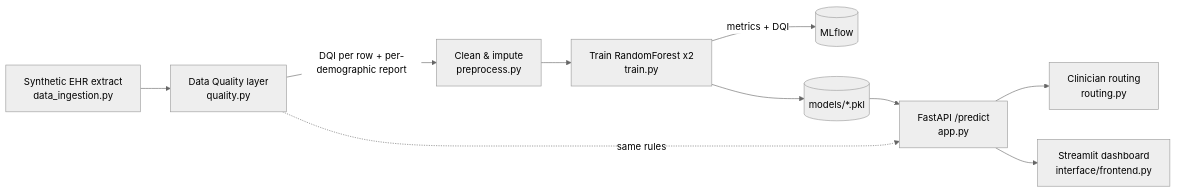
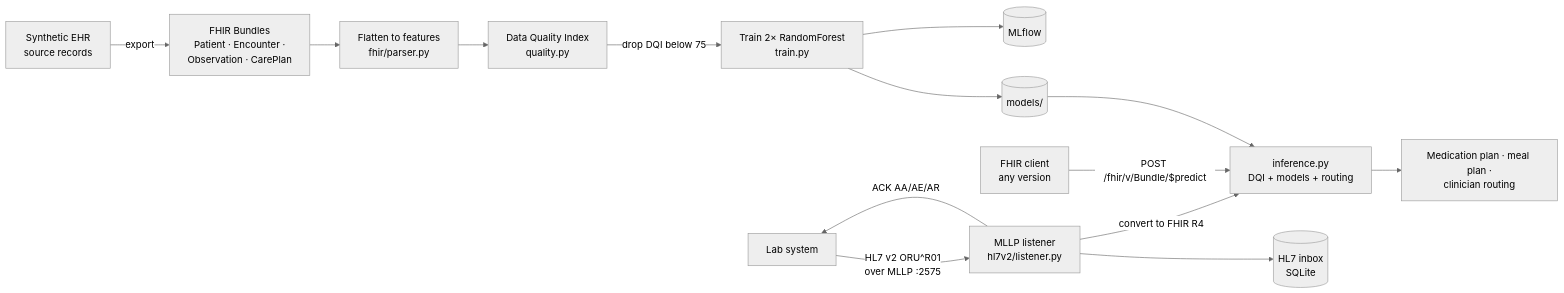
The diagram in README.md (nez6/Synthetic-Data), drawn with Mermaid (neutral theme) before and after one commit. The commit also changed other lines of this file and 37 other files, not shown here.

First line of the commit message:
Add FHIR multi-version support, HL7 v2 MLLP listener, and guided dashboard

````diff
--- a/README.md
+++ b/README.md
@@ -12,12 +30,16 @@
 ```mermaid
 flowchart LR
-    A[Synthetic EHR extract<br/>data_ingestion.py] --> B[Data Quality layer<br/>quality.py]
-    B -->|DQI per row + per-demographic report| C[Clean & impute<br/>preprocess.py]
-    C --> D[Train RandomForest x2<br/>train.py]
-    D -->|metrics + DQI| M[(MLflow)]
-    D --> P[(models/*.pkl)]
-    P --> E[FastAPI /predict<br/>app.py]
-    B -.same rules.-> E
-    E --> R[Clinician routing<br/>routing.py]
-    E --> U[Streamlit dashboard<br/>interface/frontend.py]
+    EHR[Synthetic EHR<br/>source records] -->|export| FHIR[FHIR Bundles<br/>Patient · Encounter ·<br/>Observation · CarePlan]
+    FHIR --> FLAT[Flatten to features<br/>fhir/parser.py]
+    FLAT --> DQI[Data Quality Index<br/>quality.py]
+    DQI -->|drop DQI below 75| TRAIN[Train 2× RandomForest<br/>train.py]
+    TRAIN --> MLF[(MLflow)]
+    TRAIN --> MOD[(models/)]
+    LAB[Lab system] -->|HL7 v2 ORU^R01<br/>over MLLP :2575| LIS[MLLP listener<br/>hl7v2/listener.py]
+    LIS -->|convert to FHIR R4| INF
+    CLIENT[FHIR client<br/>any version] -->|POST /fhir/v/Bundle/$predict| INF[inference.py<br/>DQI + models + routing]
+    MOD --> INF
+    LIS -->|ACK AA/AE/AR| LAB
+    INF --> OUT[Medication plan · meal plan ·<br/>clinician routing]
+    LIS --> INBOX[(HL7 inbox<br/>SQLite)]
 ```
````
